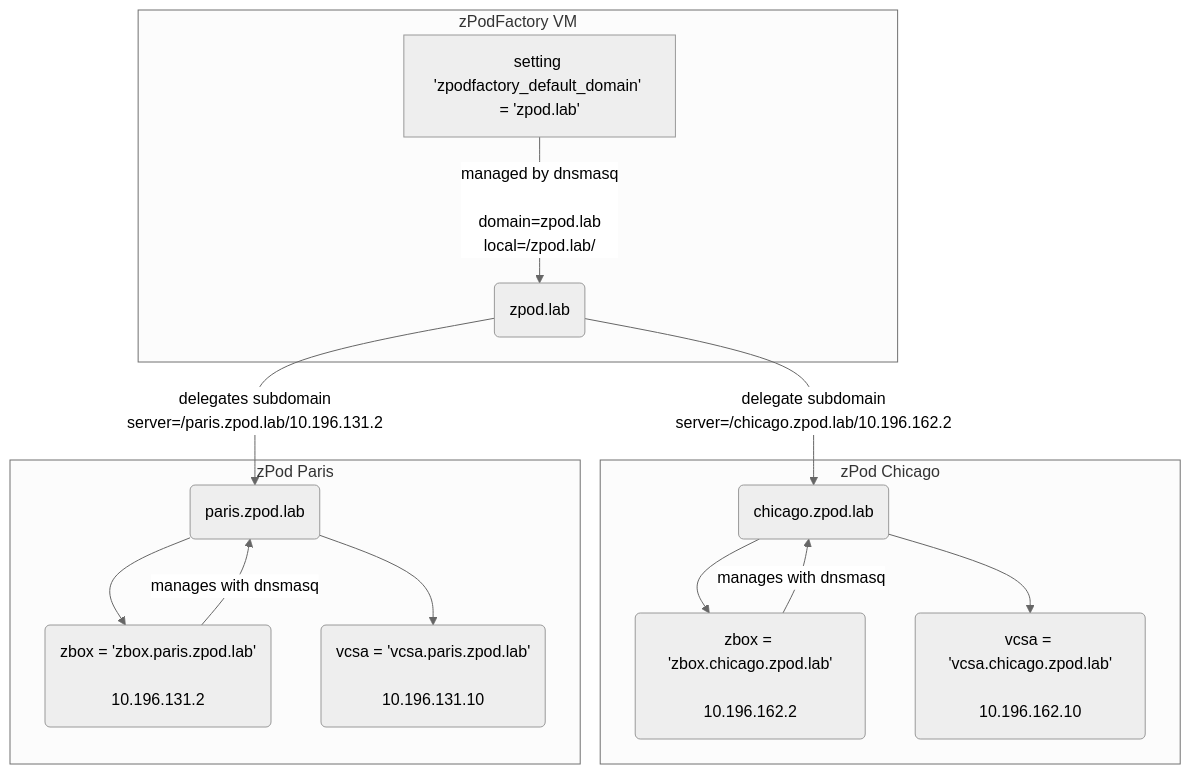
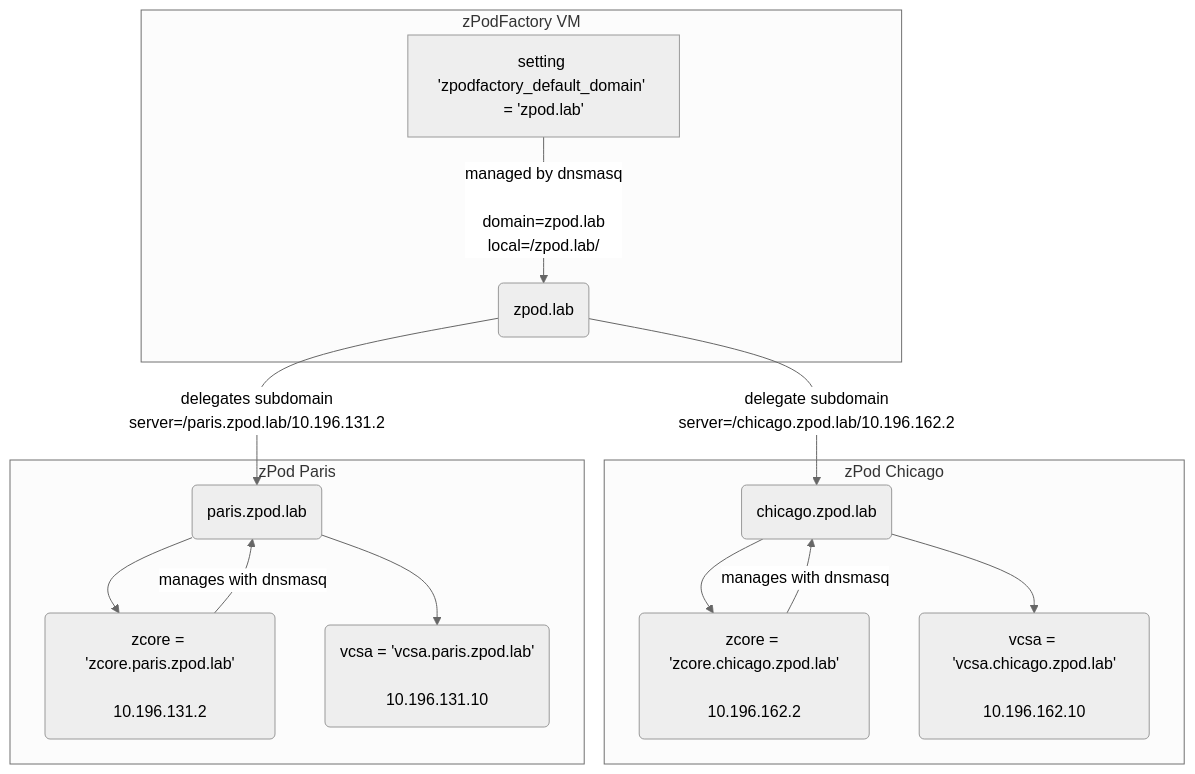
Before and after one commit to zPodFactory/zpodfactory.github.io: the diagram in docs/faq/faq.md, drawn with Mermaid (neutral theme). The commit also changed other lines of this file and 36 other files, not shown here.

````diff
--- a/docs/faq/faq.md
+++ b/docs/faq/faq.md
@@ -33,39 +33,39 @@
 ``` mermaid
 
 graph TD
 
     subgraph zpodfactory["zPodFactory VM"]
         setting["setting 'zpodfactory_default_domain' = 'zpod.lab'"]
         global_domain("zpod.lab")
 
         setting -- "managed by dnsmasq\n\ndomain=zpod.lab\nlocal=/zpod.lab/" --> global_domain
 
     end
 
     subgraph zpod_chicago["zPod Chicago"]
         zpod_chicago_domain("chicago.zpod.lab");
 
 
-        zpod_chicago_zbox("zbox = 'zbox.chicago.zpod.lab'\n\n10.196.162.2");
+        zpod_chicago_zbox("zcore = 'zcore.chicago.zpod.lab'\n\n10.196.162.2");
         zpod_chicago_vcenter("vcsa = 'vcsa.chicago.zpod.lab'\n\n10.196.162.10");
 
         zpod_chicago_domain --> zpod_chicago_zbox
         zpod_chicago_zbox -- manages with dnsmasq --> zpod_chicago_domain
         zpod_chicago_domain --> zpod_chicago_vcenter
     end
 
     subgraph zpod_paris["zPod Paris"]
         zpod_paris_domain("paris.zpod.lab");
 
 
-        zpod_paris_zbox("zbox = 'zbox.paris.zpod.lab'\n\n10.196.131.2");
+        zpod_paris_zbox("zcore = 'zcore.paris.zpod.lab'\n\n10.196.131.2");
         zpod_paris_vcenter("vcsa = 'vcsa.paris.zpod.lab'\n\n10.196.131.10");
         zpod_paris_domain --> zpod_paris_zbox
         zpod_paris_zbox -- manages with dnsmasq --> zpod_paris_domain
         zpod_paris_domain --> zpod_paris_vcenter
     end
 
 
     global_domain -- "delegate subdomain\nserver=/chicago.zpod.lab/10.196.162.2" --> zpod_chicago_domain
     global_domain -- "delegates subdomain\nserver=/paris.zpod.lab/10.196.131.2" --> zpod_paris_domain
 ```
````
